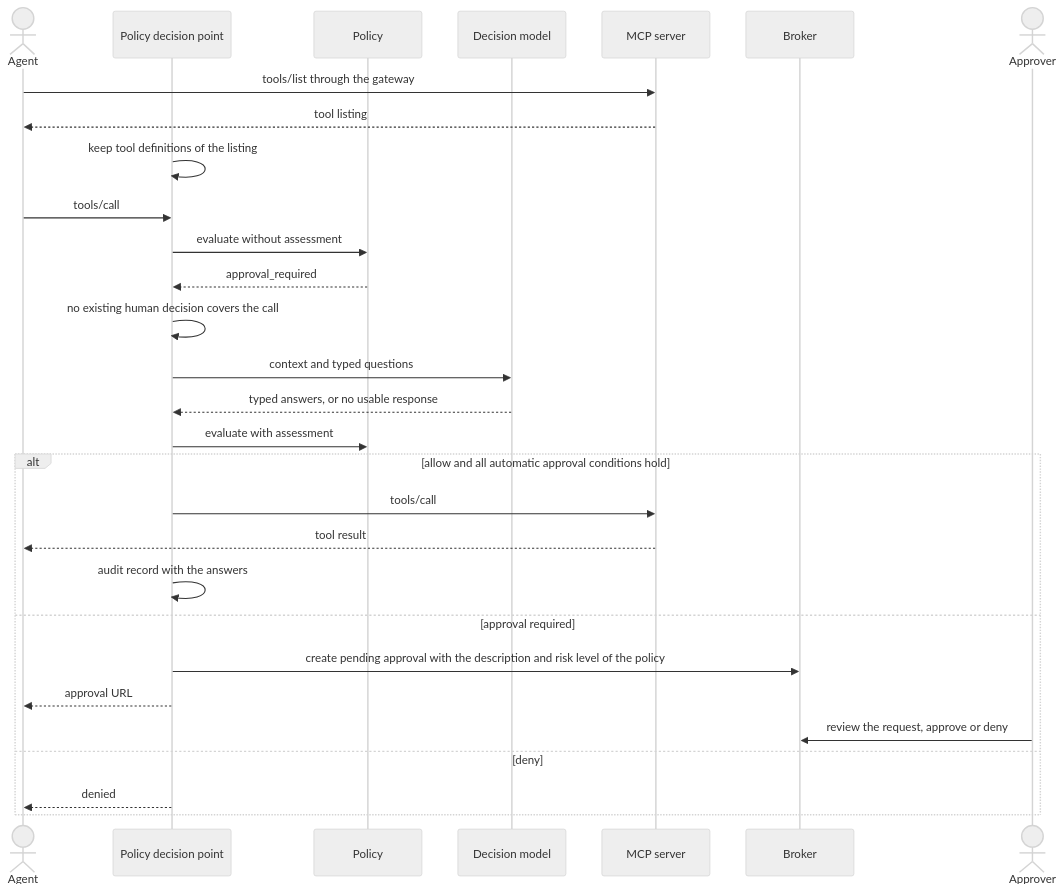
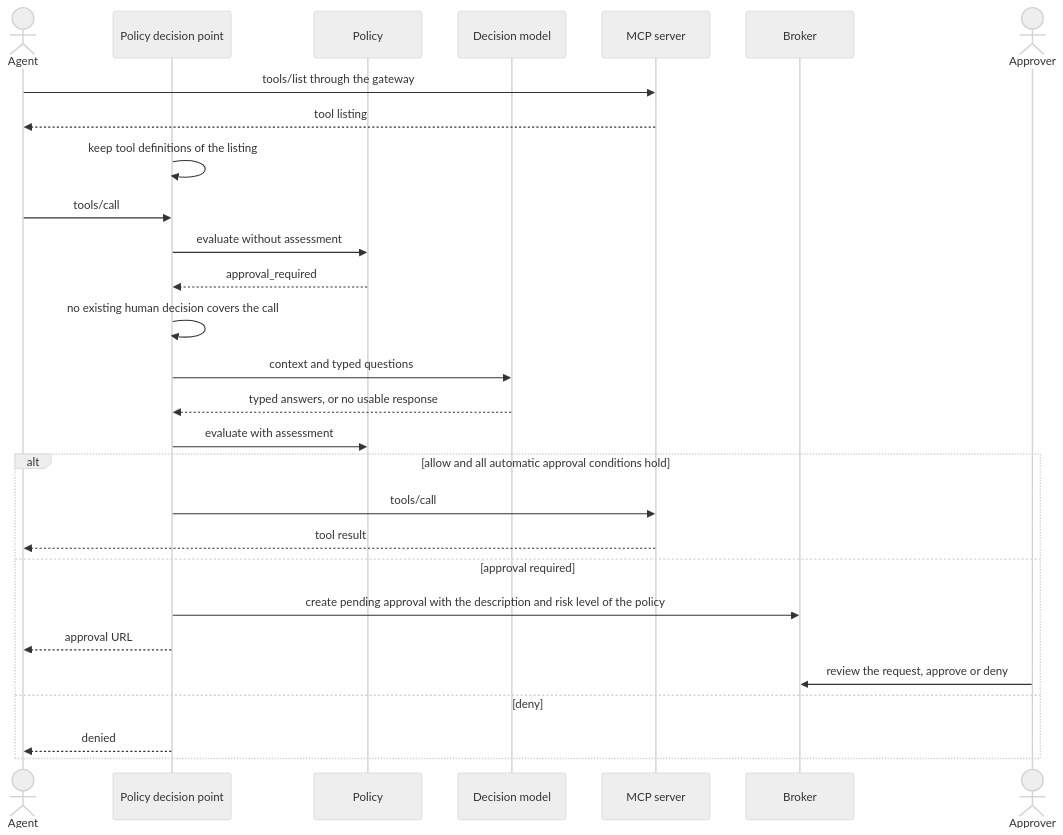
One commit to zalando-incubator/agentic-identity-broker changed the second of 2 diagrams in specs/20261123-194542-decision-model-tool-approvals/spec.md. Above: the diagram before and after it, drawn with Mermaid (neutral theme). The commit also changed other lines of this file and 9 other files, not shown here.

````diff
--- a/specs/20261123-194542-decision-model-tool-approvals/spec.md
+++ b/specs/20261123-194542-decision-model-tool-approvals/spec.md
@@ -969,32 +948,31 @@
 ```mermaid
 sequenceDiagram
     actor Agent
     participant PDP as Policy decision point
     participant Policy
     participant Model as Decision model
     participant Server as MCP server
     participant Broker
     actor Approver
 
     Agent->>Server: tools/list through the gateway
     Server-->>Agent: tool listing
     PDP->>PDP: keep tool definitions of the listing
     Agent->>PDP: tools/call
     PDP->>Policy: evaluate without assessment
     Policy-->>PDP: approval_required
     PDP->>PDP: no existing human decision covers the call
     PDP->>Model: context and typed questions
     Model-->>PDP: typed answers, or no usable response
     PDP->>Policy: evaluate with assessment
     alt allow and all automatic approval conditions hold
         PDP->>Server: tools/call
         Server-->>Agent: tool result
-        PDP->>PDP: audit record with the answers
     else approval required
         PDP->>Broker: create pending approval with the description and risk level of the policy
         PDP-->>Agent: approval URL
         Approver->>Broker: review the request, approve or deny
     else deny
         PDP-->>Agent: denied
     end
 ```
````
